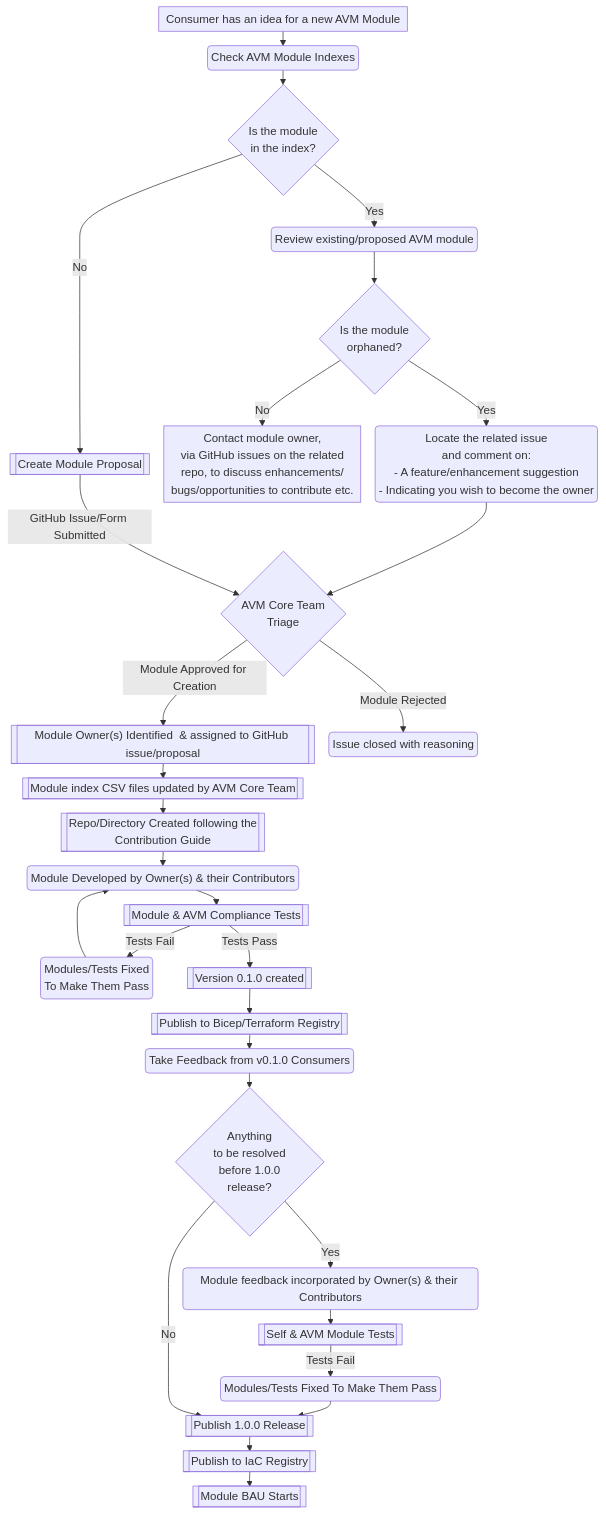
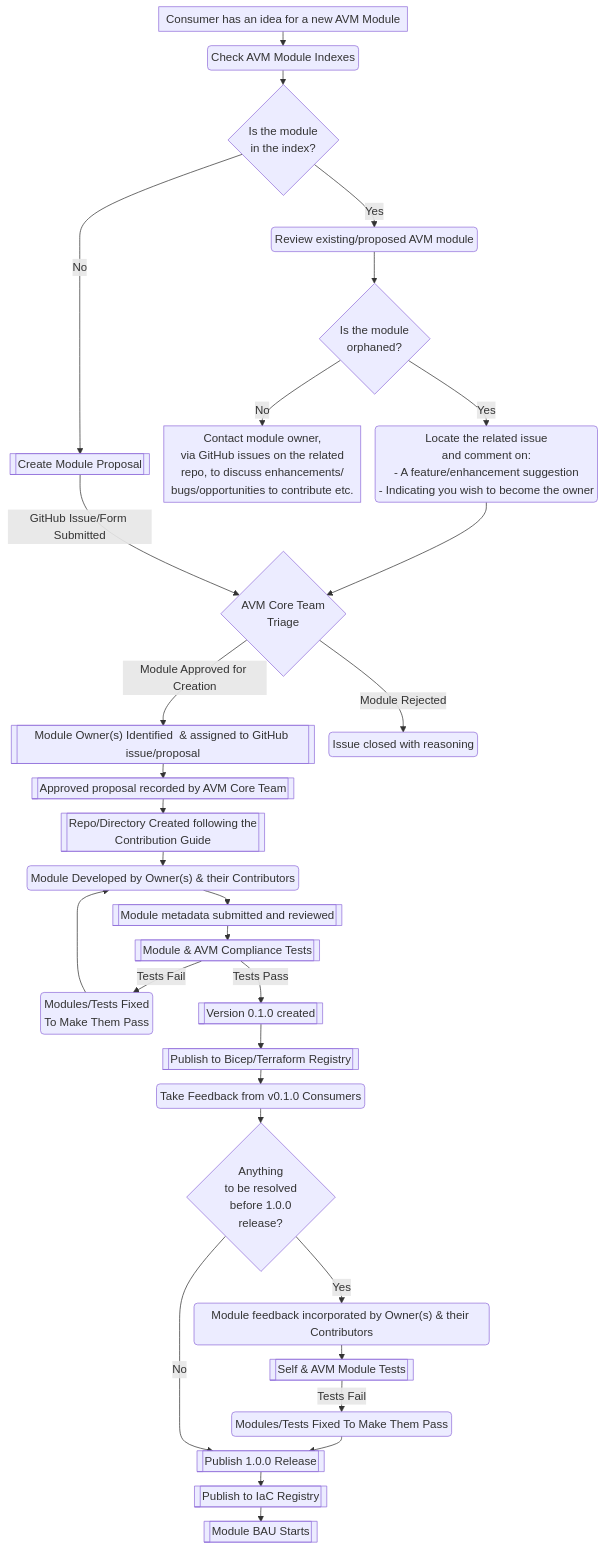
One commit to Azure/Azure-Verified-Modules changed the diagram in docs/content/contributing/process.md. Above: the diagram before and after it, drawn with Mermaid. The commit also changed other lines of this file and 29 other files, not shown here.

Commit message:
docs: prepare metadata-based module maintenance (#2936)

```diff
--- a/docs/content/contributing/process.md
+++ b/docs/content/contributing/process.md
@@ -18,52 +22,54 @@
 {{< mermaid zoom="true">}}
 ---
 config:
   nodeSpacing: 20
   rankSpacing: 20
   diagramPadding: 5
   padding: 5
   useWidth: 100
   flowchart:
     wrappingWidth: 400
     padding: 5
 ---
 flowchart TD
     ModuleIdea[Consumer has an idea for a new AVM Module] -->CheckIndex(Check AVM Module Indexes)
         click CheckIndex "{{% siteparam base %}}/indexes/"
     CheckIndex -->IndexExistenceCheck{Is the module<br>in the index?}
     IndexExistenceCheck -->|No|A
     IndexExistenceCheck -->|Yes|EndExistenceCheck(Review existing/proposed AVM module)
     EndExistenceCheck -->OrphanedCheck{ Is the module<br>orphaned? }
-        click OrphanedCheck "{{% siteparam base %}}/specs/shared/module-lifecycle/#orphaned-avm-modules"
+        click OrphanedCheck "{{% siteparam base %}}/specs/shared/module-lifecycle/#3-orphaned-modules"
     OrphanedCheck -->|No|ContactOwner[Contact module owner,<br> via GitHub issues on the related <br>repo, to discuss enhancements/<br>bugs/opportunities to contribute etc.]
     OrphanedCheck -->|Yes|OrphanOwnerYes(Locate the related issue <br> and comment on:<br> - A feature/enhancement suggestion <br> - Indicating you wish to become the owner)
-        click OrphanOwnerYes "{{% siteparam base %}}/specs/shared/module-lifecycle/#orphaned-avm-modules"
+        click OrphanOwnerYes "{{% siteparam base %}}/specs/shared/module-lifecycle/#3-orphaned-modules"
     OrphanOwnerYes -->B
     A[[ Create Module Proposal ]] -->|GitHub Issue/Form Submitted| B{ AVM Core Team<br>Triage }
         click A "https://aka.ms/avm/moduleproposal"
         click B "{{% siteparam base %}}/help-support/issue-triage/avm-issue-triage/#avm-core-team-triage-explained"
     B -->|Module Approved for Creation| C[["Module Owner(s) Identified  & assigned to GitHub issue/proposal" ]]
     B -->|Module Rejected| D(Issue closed with reasoning)
-    C -->E[[ Module index CSV files updated by AVM Core Team]]
-        click E "{{% siteparam base %}}/indexes/"
+    C -->E[[ Approved proposal recorded by AVM Core Team]]
+        click E "{{% siteparam base %}}/help-support/issue-triage/avm-issue-triage/#module-proposal-triage"
     E -->E1[[Repo/Directory Created following the <br> Contribution Guide ]]
         click E1 "{{% siteparam base %}}/contributing/"
     E1 -->F("Module Developed by Owner(s) & their Contributors")
-    F -->G[[ Module & AVM Compliance Tests ]]
+    F -->E2[[ Module metadata submitted and reviewed ]]
+        click E2 "{{% siteparam base %}}/contributing/module-metadata/"
+    E2 -->G[[ Module & AVM Compliance Tests ]]
         click G "{{% siteparam base %}}/spec/SNFR3"
     G -->|Tests Fail|I(Modules/Tests Fixed <br> To Make Them Pass)
     I -->F
     G -->|Tests Pass|J[[Version 0.1.0 created]]
     J -->K[[Publish to Bicep/Terraform Registry]]
     K -->L(Take Feedback from v0.1.0 Consumers)
     L -->M{Anything<br>to be resolved <br> before 1.0.0<br>release? }
         click M "{{% siteparam base %}}/contributing/process/#avm-preview-notice"
     M -->|Yes|FixPreV1("Module feedback incorporated by Owner(s) & their Contributors")
     FixPreV1 -->PreV1Tests[[Self & AVM Module Tests]]
     PreV1Tests -->|Tests Fail|PreV1TestsFix(Modules/Tests Fixed To Make Them Pass)
     PreV1TestsFix -->N
     M -->|No|N[[Publish 1.0.0 Release]]
     N -->O[[Publish to IaC Registry]]
     O -->P[[ Module BAU Starts ]]
         click P "{{% siteparam base %}}/help-support/module-support/"
 {{< /mermaid >}}
```
